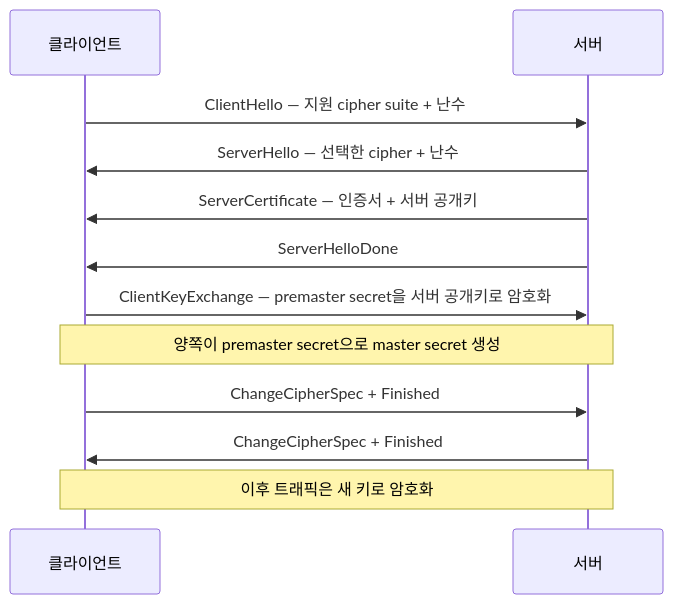
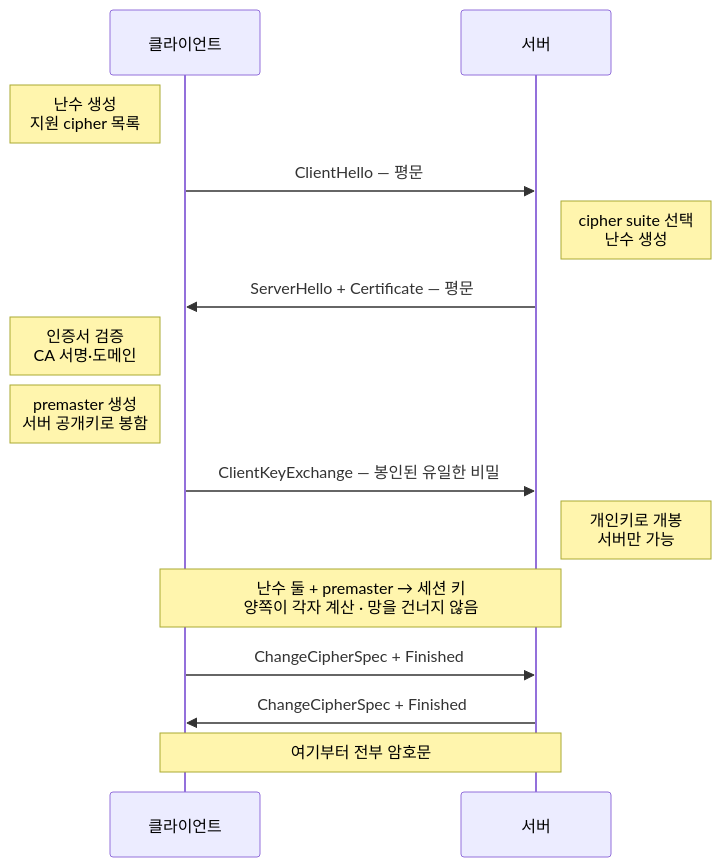
One commit to scofe97/StduyWrite changed the fourth of 4 diagrams in write/08_cloud/book/networking-and-kubernetes/01-02.HTTP에서 TCP·TLS·UDP까지 — Transport 계층 해부.md. Above: the diagram before and after it, drawn with Mermaid. The commit also changed other lines of this file and 106 other files, not shown here.

````diff
--- a/write/08_cloud/book/networking-and-kubernetes/01-02.HTTP에서 TCP·TLS·UDP까지 — Transport 계층 해부.md
+++ b/write/08_cloud/book/networking-and-kubernetes/01-02.HTTP에서 TCP·TLS·UDP까지 — Transport 계층 해부.md
@@ -194,14 +429,17 @@
 ```mermaid
 sequenceDiagram
     participant C as 클라이언트
     participant S as 서버
-    C->>S: ClientHello — 지원 cipher suite + 난수
-    S->>C: ServerHello — 선택한 cipher + 난수
-    S->>C: ServerCertificate — 인증서 + 서버 공개키
-    S->>C: ServerHelloDone
-    C->>S: ClientKeyExchange — premaster secret을 서버 공개키로 암호화
-    Note over C,S: 양쪽이 premaster secret으로 master secret 생성
+    Note left of C: 난수 생성<br/>지원 cipher 목록
+    C->>S: ClientHello — 평문
+    Note right of S: cipher suite 선택<br/>난수 생성
+    S->>C: ServerHello + Certificate — 평문
+    Note left of C: 인증서 검증<br/>CA 서명·도메인
+    Note left of C: premaster 생성<br/>서버 공개키로 봉함
+    C->>S: ClientKeyExchange — 봉인된 유일한 비밀
+    Note right of S: 개인키로 개봉<br/>서버만 가능
+    Note over C,S: 난수 둘 + premaster → 세션 키<br/>양쪽이 각자 계산 · 망을 건너지 않음
     C->>S: ChangeCipherSpec + Finished
     S->>C: ChangeCipherSpec + Finished
-    Note over C,S: 이후 트래픽은 새 키로 암호화
+    Note over C,S: 여기부터 전부 암호문
 ```
````
